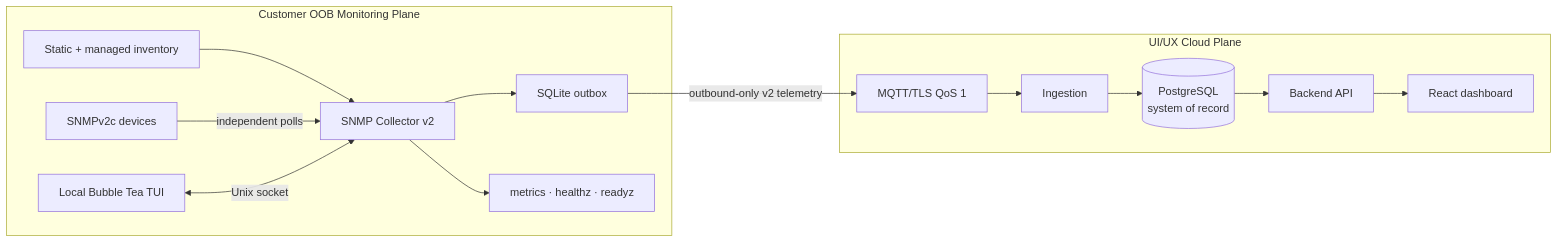
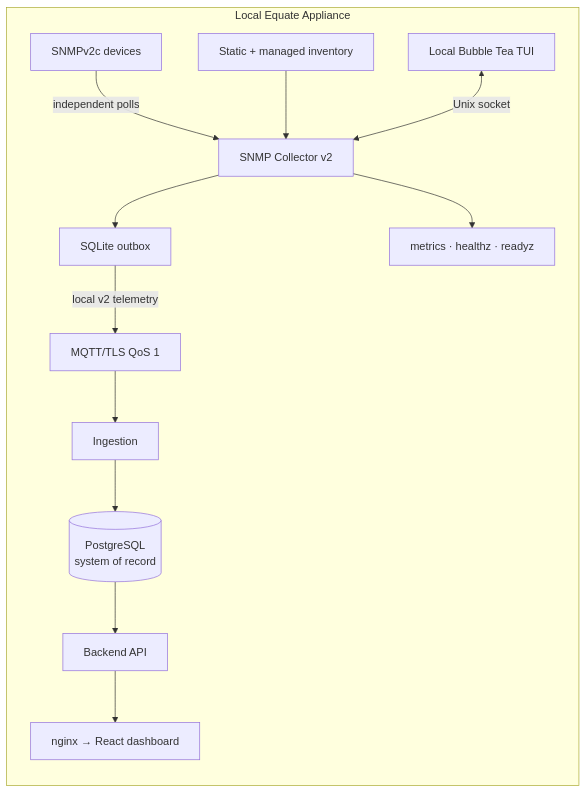
The diagram in docs/diagrams/system-design.md (jet-lag217712/monitoring-project), drawn with Mermaid before and after one commit. The commit also changed 63 other files, not shown here.

````diff
--- a/docs/diagrams/system-design.md
+++ b/docs/diagrams/system-design.md
@@ -5,19 +5,15 @@
 ```mermaid
 flowchart LR
-    subgraph customer["Customer OOB Monitoring Plane"]
-        inventory["Static + managed inventory"] --> collector["SNMP Collector v2"]
-        devices["SNMPv2c devices"] -->|"independent polls"| collector
+    subgraph appliance["Local Equate Appliance"]
+        devices["SNMPv2c devices"] -->|"independent polls"| collector["SNMP Collector v2"]
+        inventory["Static + managed inventory"] --> collector
         tui["Local Bubble Tea TUI"] <-->|"Unix socket"| collector
         collector --> outbox["SQLite outbox"]
         collector --> local["metrics · healthz · readyz"]
-    end
-
-    subgraph cloud["UI/UX Cloud Plane"]
-        broker["MQTT/TLS QoS 1"] --> ingestion["Ingestion"]
+        outbox -->|"local v2 telemetry"| broker["MQTT/TLS QoS 1"]
+        broker --> ingestion["Ingestion"]
         ingestion --> postgres[("PostgreSQL\nsystem of record")]
         postgres --> api["Backend API"]
-        api --> dashboard["React dashboard"]
+        api --> dashboard["nginx → React dashboard"]
     end
-
-    outbox -->|"outbound-only v2 telemetry"| broker
 ```
````
